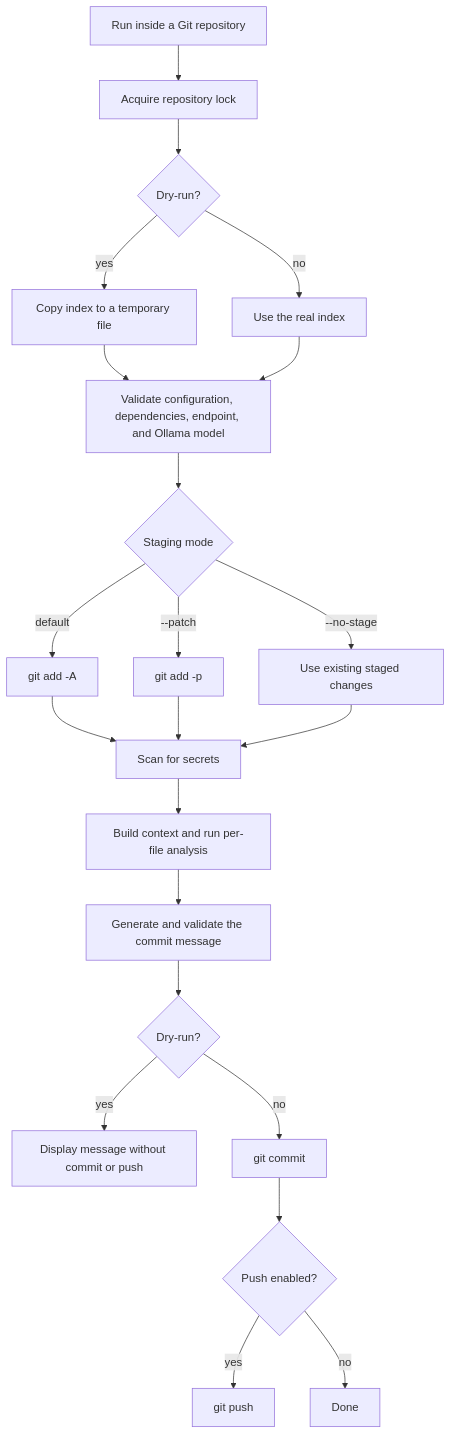
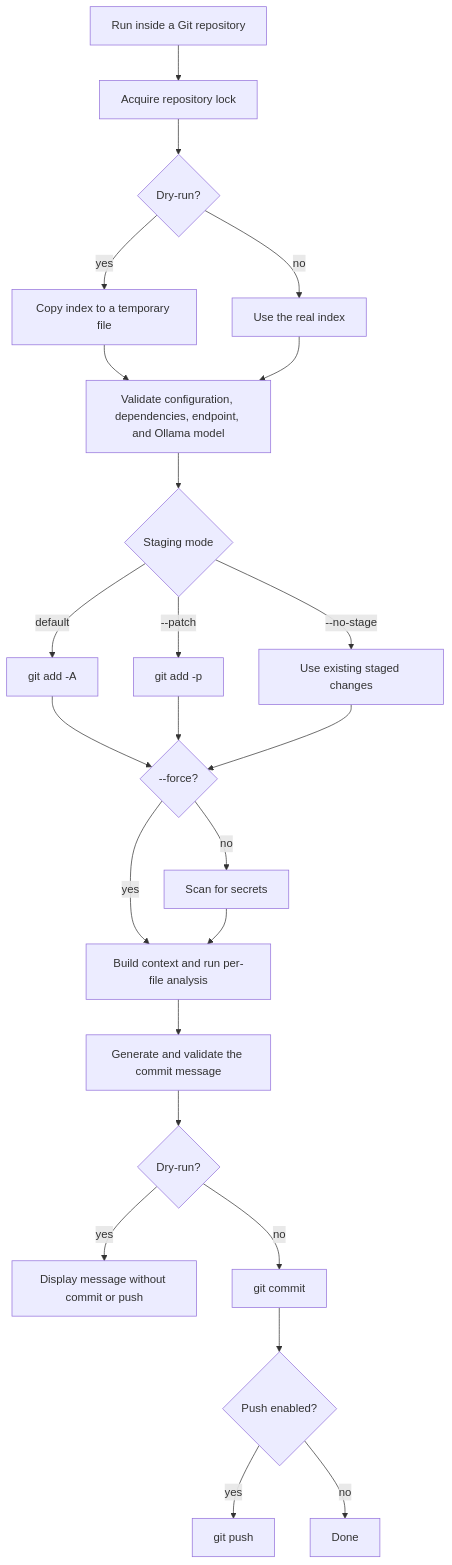
Before and after one commit to aibersemi/git-auto-commit-ollama: the diagram in README.md, drawn with Mermaid. The commit also changed other lines of this file and 2 other files, not shown here.

Commit message:
feat: add --force option to bypass secret scanning and safe mode

````diff
--- a/README.md
+++ b/README.md
@@ -64,24 +64,26 @@
 ```mermaid
 flowchart TD
   A[Run inside a Git repository] --> B[Acquire repository lock]
   B --> C{Dry-run?}
   C -->|yes| D[Copy index to a temporary file]
   C -->|no| E[Use the real index]
   D --> F[Validate configuration, dependencies, endpoint, and Ollama model]
   E --> F
   F --> G{Staging mode}
   G -->|default| H[git add -A]
   G -->|--patch| I[git add -p]
   G -->|--no-stage| J[Use existing staged changes]
-  H --> K[Scan for secrets]
+  H --> K{--force?}
   I --> K
   J --> K
-  K --> L[Build context and run per-file analysis]
-  L --> M[Generate and validate the commit message]
-  M --> N{Dry-run?}
-  N -->|yes| O[Display message without commit or push]
-  N -->|no| P[git commit]
-  P --> Q{Push enabled?}
-  Q -->|yes| R[git push]
-  Q -->|no| S[Done]
+  K -->|yes| L[Build context and run per-file analysis]
+  K -->|no| M[Scan for secrets]
+  M --> L
+  L --> N[Generate and validate the commit message]
+  N --> O{Dry-run?}
+  O -->|yes| P[Display message without commit or push]
+  O -->|no| Q[git commit]
+  Q --> R{Push enabled?}
+  R -->|yes| S[git push]
+  R -->|no| T[Done]
 ```
````
